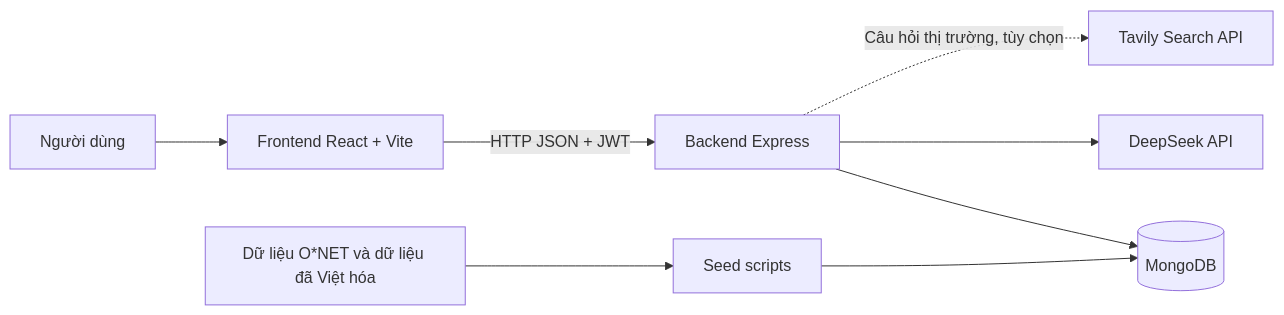
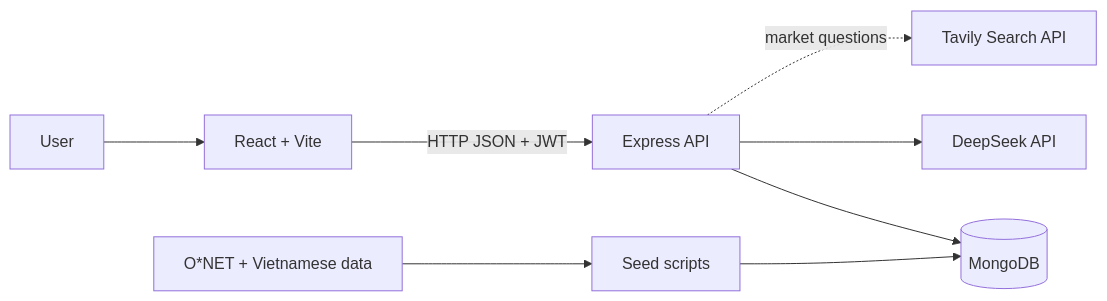
The diagram in BAO_CAO_DU_AN.md (duclongt23/ai-career-platform), drawn with Mermaid before and after one commit. The commit also changed other lines of this file and 1 other file, not shown here.

````diff
--- a/BAO_CAO_DU_AN.md
+++ b/BAO_CAO_DU_AN.md
@@ -212,10 +200,10 @@
 ```mermaid
 flowchart LR
-    U[Người dùng] --> FE[Frontend React + Vite]
-    FE -->|HTTP JSON + JWT| API[Backend Express]
+    U[User] --> FE[React + Vite]
+    FE -->|HTTP JSON + JWT| API[Express API]
     API --> DB[(MongoDB)]
     API --> AI[DeepSeek API]
-    API -.->|Câu hỏi thị trường, tùy chọn| SEARCH[Tavily Search API]
-    DATA[Dữ liệu O*NET và dữ liệu đã Việt hóa] --> SEED[Seed scripts]
+    API -.->|market questions| SEARCH[Tavily Search API]
+    DATA[O*NET + Vietnamese data] --> SEED[Seed scripts]
     SEED --> DB
 ```
````
